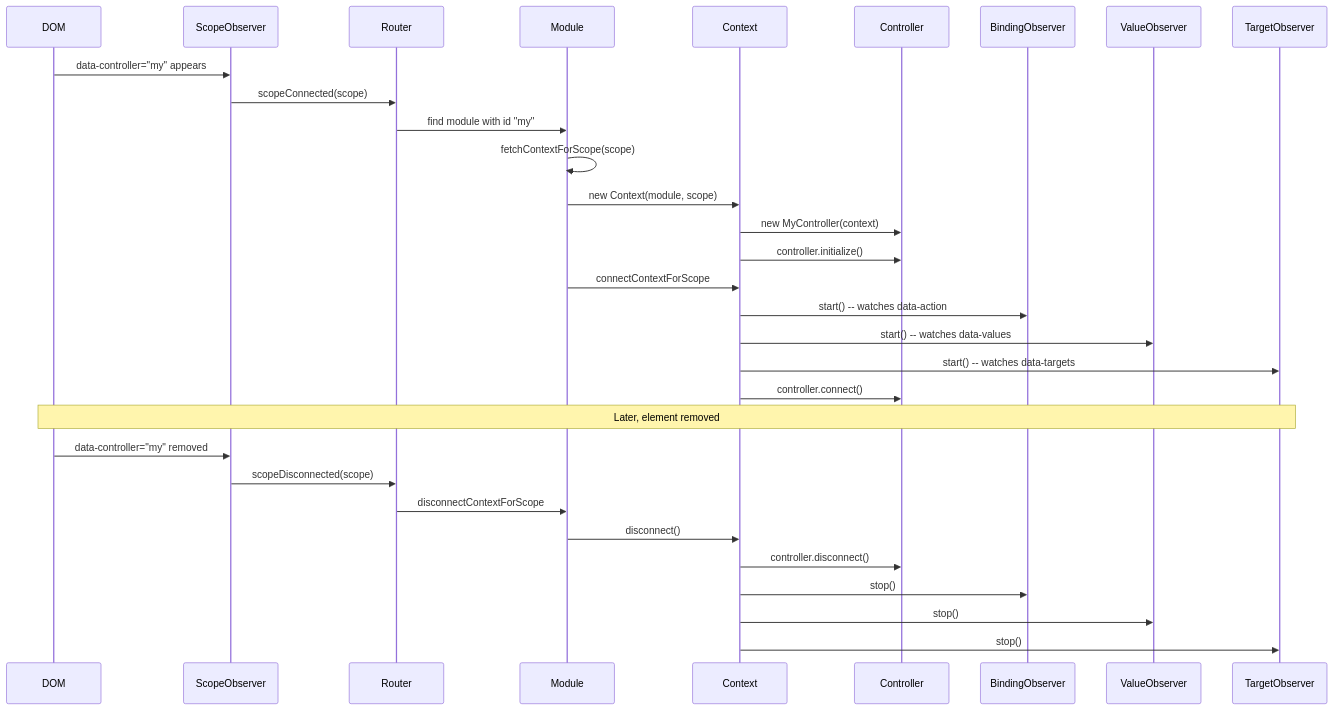
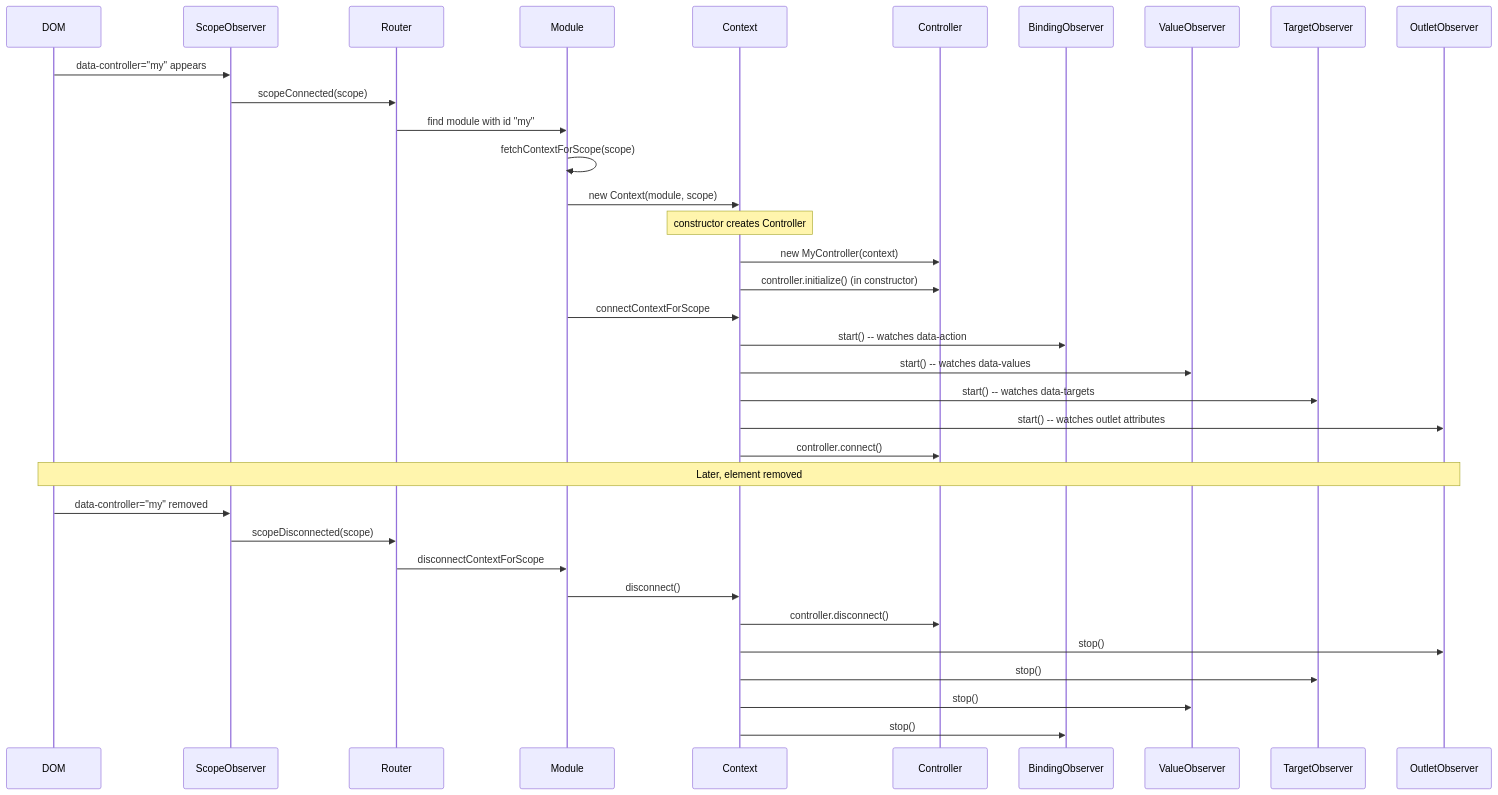
One commit to ewe-studios/explorations changed the second of 2 diagrams in [src.UIFrameworks]/basecamp/markdown/01-stimulus-core.md. Above: the diagram before and after it, drawn with Mermaid. The commit also changed other lines of this file and 13 other files, not shown here.

````diff
--- a/[src.UIFrameworks]/basecamp/markdown/01-stimulus-core.md
+++ b/[src.UIFrameworks]/basecamp/markdown/01-stimulus-core.md
@@ -275,36 +320,40 @@
 ```mermaid
 sequenceDiagram
     participant DOM
     participant SO as ScopeObserver
     participant Router
     participant Module
     participant Context
     participant Controller
     participant BindObs as BindingObserver
     participant ValObs as ValueObserver
     participant TgtObs as TargetObserver
+    participant OutObs as OutletObserver
 
     DOM->>SO: data-controller="my" appears
     SO->>Router: scopeConnected(scope)
     Router->>Module: find module with id "my"
     Module->>Module: fetchContextForScope(scope)
     Module->>Context: new Context(module, scope)
+    Note over Context: constructor creates Controller
     Context->>Controller: new MyController(context)
-    Context->>Controller: controller.initialize()
+    Context->>Controller: controller.initialize() (in constructor)
     Module->>Context: connectContextForScope
     Context->>BindObs: start() -- watches data-action
     Context->>ValObs: start() -- watches data-values
     Context->>TgtObs: start() -- watches data-targets
+    Context->>OutObs: start() -- watches outlet attributes
     Context->>Controller: controller.connect()
 
-    Note over DOM,TgtObs: Later, element removed
+    Note over DOM,OutObs: Later, element removed
 
     DOM->>SO: data-controller="my" removed
     SO->>Router: scopeDisconnected(scope)
     Router->>Module: disconnectContextForScope
     Module->>Context: disconnect()
     Context->>Controller: controller.disconnect()
+    Context->>OutObs: stop()
+    Context->>TgtObs: stop()
+    Context->>ValObs: stop()
     Context->>BindObs: stop()
-    Context->>ValObs: stop()
-    Context->>TgtObs: stop()
 ```
````
